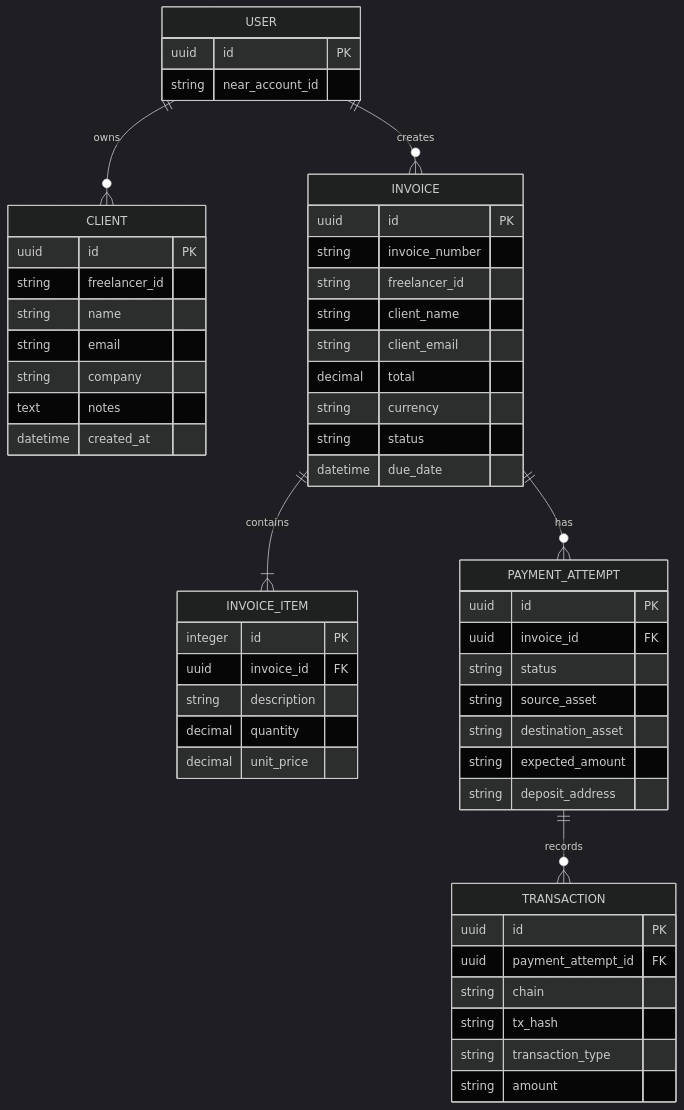
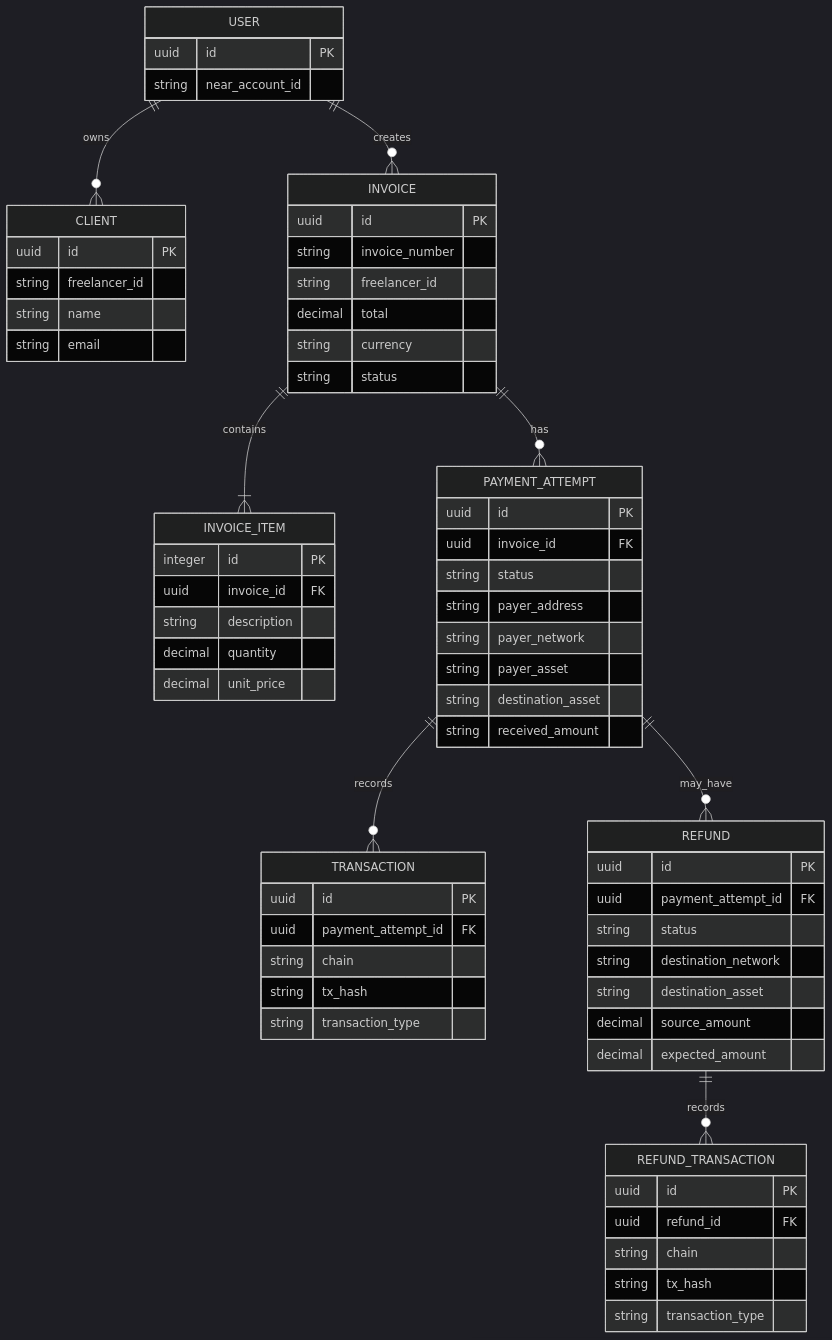
One commit to Taufiq-ul-islam/payflow-on-near changed the second of 4 diagrams in README.md. Above: the diagram before and after it, drawn with Mermaid (dark theme). The commit also changed other lines of this file and 22 other files, not shown here.

````diff
--- a/README.md
+++ b/README.md
@@ -391,62 +387,76 @@
 ```mermaid
 erDiagram
     USER ||--o{ CLIENT : owns
     USER ||--o{ INVOICE : creates
     INVOICE ||--|{ INVOICE_ITEM : contains
     INVOICE ||--o{ PAYMENT_ATTEMPT : has
     PAYMENT_ATTEMPT ||--o{ TRANSACTION : records
+    PAYMENT_ATTEMPT ||--o{ REFUND : may_have
+    REFUND ||--o{ REFUND_TRANSACTION : records
 
     USER {
         uuid id PK
         string near_account_id
     }
 
     CLIENT {
         uuid id PK
         string freelancer_id
         string name
         string email
-        string company
-        text notes
-        datetime created_at
     }
 
     INVOICE {
         uuid id PK
         string invoice_number
         string freelancer_id
-        string client_name
-        string client_email
         decimal total
         string currency
         string status
-        datetime due_date
     }
 
     INVOICE_ITEM {
         integer id PK
         uuid invoice_id FK
         string description
         decimal quantity
         decimal unit_price
     }
 
     PAYMENT_ATTEMPT {
         uuid id PK
         uuid invoice_id FK
         string status
-        string source_asset
+        string payer_address
+        string payer_network
+        string payer_asset
         string destination_asset
-        string expected_amount
-        string deposit_address
+        string received_amount
     }
 
     TRANSACTION {
         uuid id PK
         uuid payment_attempt_id FK
         string chain
         string tx_hash
         string transaction_type
-        string amount
+    }
+
+    REFUND {
+        uuid id PK
+        uuid payment_attempt_id FK
+        string status
+        string destination_network
+        string destination_asset
+        decimal source_amount
+        decimal expected_amount
+    }
+
+    REFUND_TRANSACTION {
+        uuid id PK
+        uuid refund_id FK
+        string chain
+        string tx_hash
+        string transaction_type
     }
 ```
````
